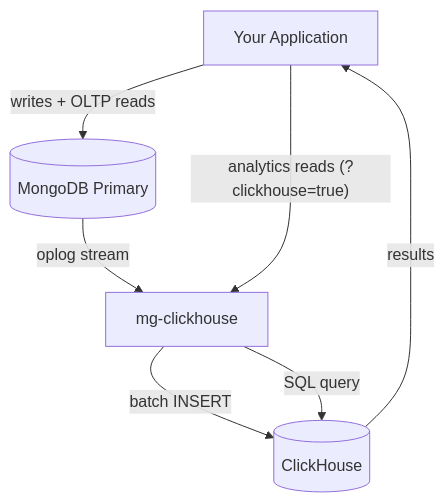
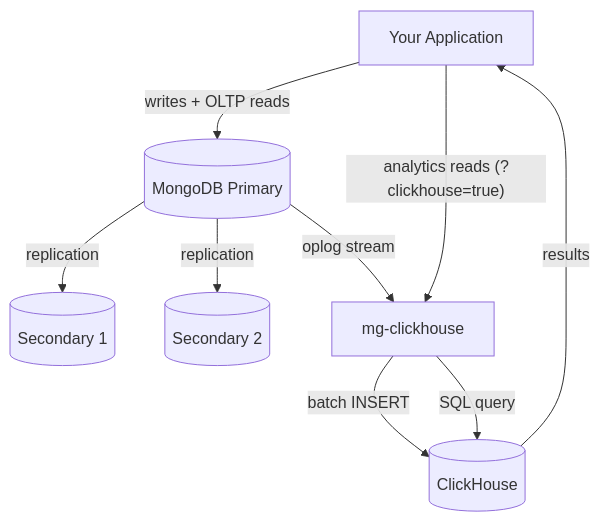
Before and after one commit to mrityunjaysharma/mongo-flux: the first of 7 diagrams in docs/article.md, drawn with Mermaid. The commit also changed other lines of this file and 5 other files, not shown here.

Commit message:
modify architecture

````diff
--- a/docs/article.md
+++ b/docs/article.md
@@ -31,9 +33,11 @@
 ```mermaid
 flowchart TD
-    APP[Your Application] -->|writes + OLTP reads| MG[(MongoDB Primary)]
-    MG -->|oplog stream| MGC[mg-clickhouse]
+    APP[Your Application] -->|writes + OLTP reads| MGP[(MongoDB Primary)]
+    MGP -->|replication| MGS1[(Secondary 1)]
+    MGP -->|replication| MGS2[(Secondary 2)]
+    MGP -->|oplog stream| MGC[mg-clickhouse]
     MGC -->|batch INSERT| CH[(ClickHouse)]
     APP -->|"analytics reads (?clickhouse=true)"| MGC
     MGC -->|SQL query| CH
     CH -->|results| APP
 ```
````
